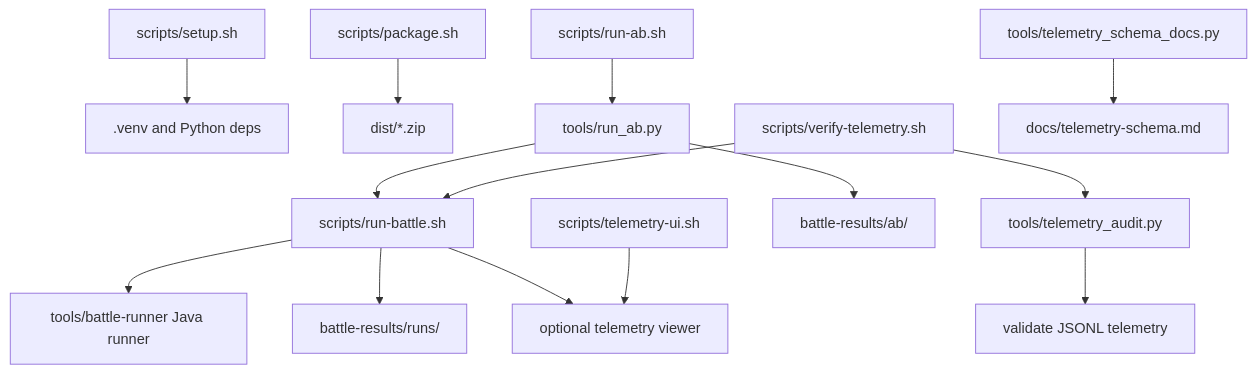
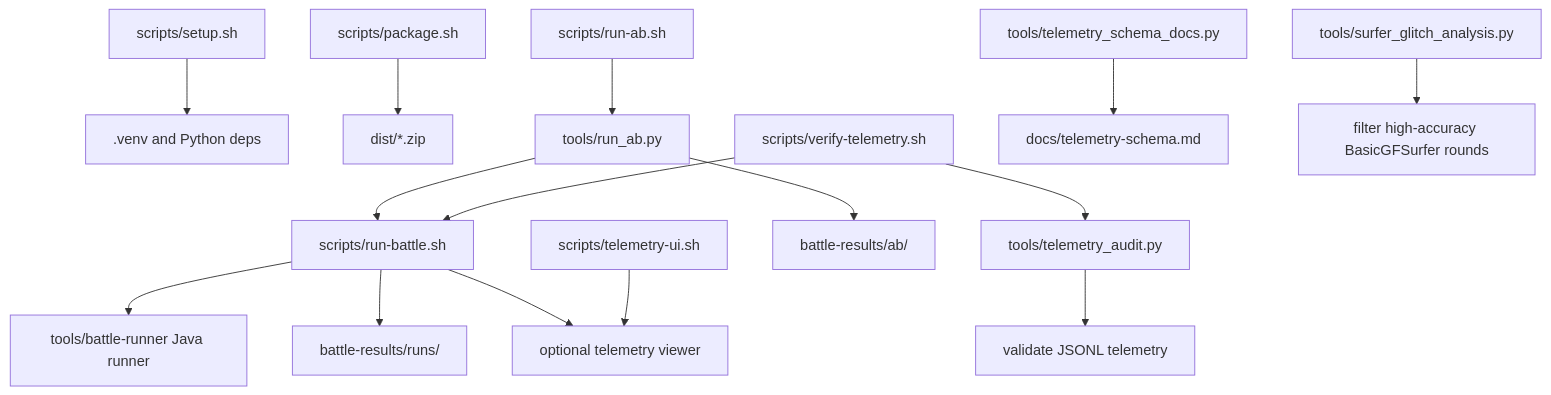
One commit to fduch-stranger/robocode-bot changed the diagram in docs/tooling.md. Above: the diagram before and after it, drawn with Mermaid. The commit also changed other lines of this file and 25 other files, not shown here.

Commit message:
Add configurable tests for `dynamic_cluster` ambiguity, centering, weight clamp, and centroid scaling. Update `adaptive-prime` and `chase-lock` to use shared `dynamic_cluster_config_from_policy`. Expand documentation with per-bot dynamic-cluster settings and add AB tooling and basic surfer analysis.

````diff
--- a/docs/tooling.md
+++ b/docs/tooling.md
@@ -8,16 +8,17 @@
 ```mermaid
 flowchart TD
     A["scripts/setup.sh"] --> B[".venv and Python deps"]
     C["scripts/package.sh"] --> D["dist/*.zip"]
     E["scripts/run-battle.sh"] --> F["tools/battle-runner Java runner"]
     E --> G["battle-results/runs/<run>"]
     E --> H["optional telemetry viewer"]
     I["scripts/telemetry-ui.sh"] --> H
     J["scripts/run-ab.sh"] --> K["tools/run_ab.py"]
     K --> E
     K --> L["battle-results/ab/<experiment>"]
     M["tools/telemetry_audit.py"] --> N["validate JSONL telemetry"]
     O["scripts/verify-telemetry.sh"] --> E
     O --> M
     P["tools/telemetry_schema_docs.py"] --> Q["docs/telemetry-schema.md"]
+    R["tools/surfer_glitch_analysis.py"] --> S["filter high-accuracy BasicGFSurfer rounds"]
 ```
````
